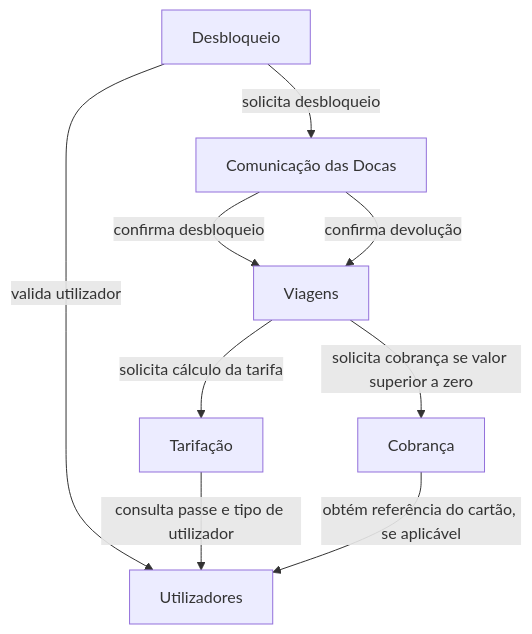
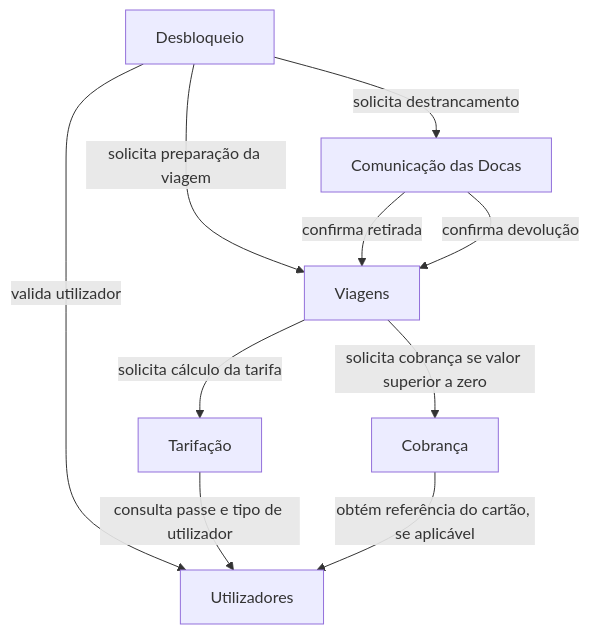
One commit to matilde-quiterio/lisboa-pedala changed the diagram in docs/03-particionamento-e-vistas.md. Above: the diagram before and after it, drawn with Mermaid. The commit also changed other lines of this file and 2 other files, not shown here.

Commit message:
Define viagem pendente e início após retirada; clarifica tratamento de avarias

````diff
--- a/docs/03-particionamento-e-vistas.md
+++ b/docs/03-particionamento-e-vistas.md
@@ -66,11 +66,12 @@
 ```mermaid
 flowchart TD
     D[Desbloqueio] -->|valida utilizador| U[Utilizadores]
-    D -->|solicita desbloqueio| CD[Comunicação das Docas]
-    CD -->|confirma desbloqueio| V[Viagens]
+    D -->|solicita preparação da viagem| V[Viagens]
+    D -->|solicita destrancamento| CD[Comunicação das Docas]
+    CD -->|confirma retirada| V
     CD -->|confirma devolução| V
     V -->|solicita cálculo da tarifa| T[Tarifação]
     T -->|consulta passe e tipo de utilizador| U
     V -->|solicita cobrança se valor superior a zero| C[Cobrança]
     C -->|obtém referência do cartão, se aplicável| U
 ```
````
